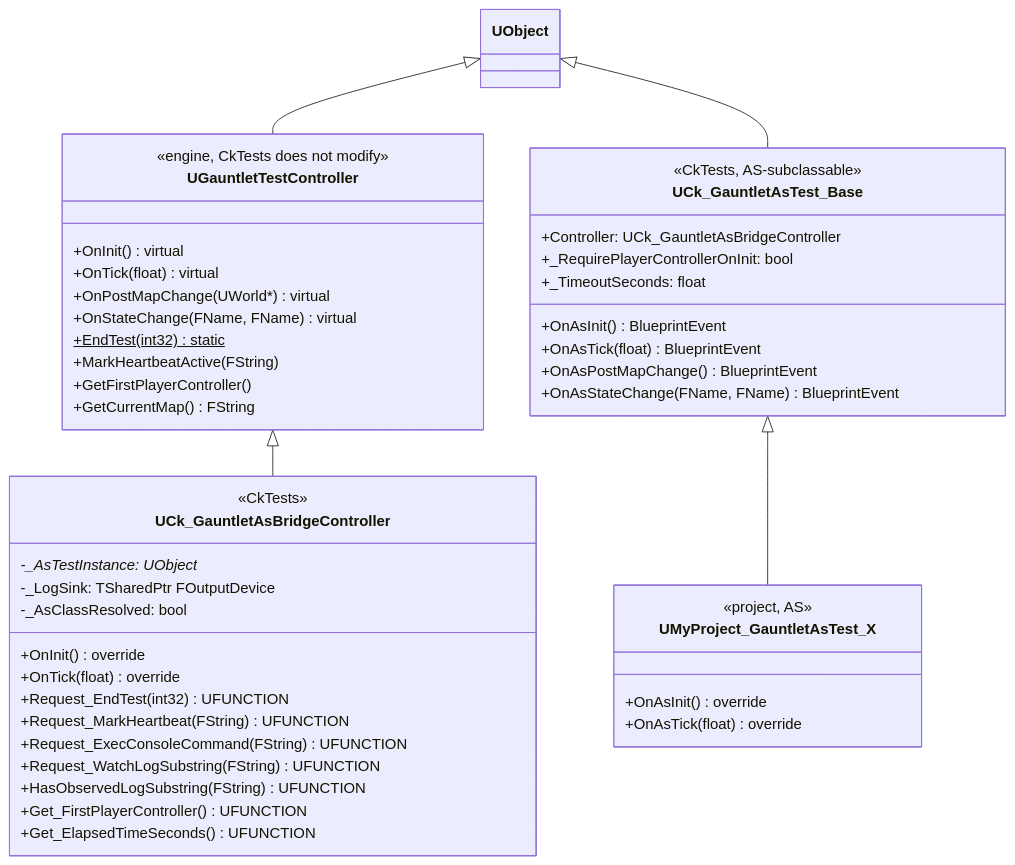
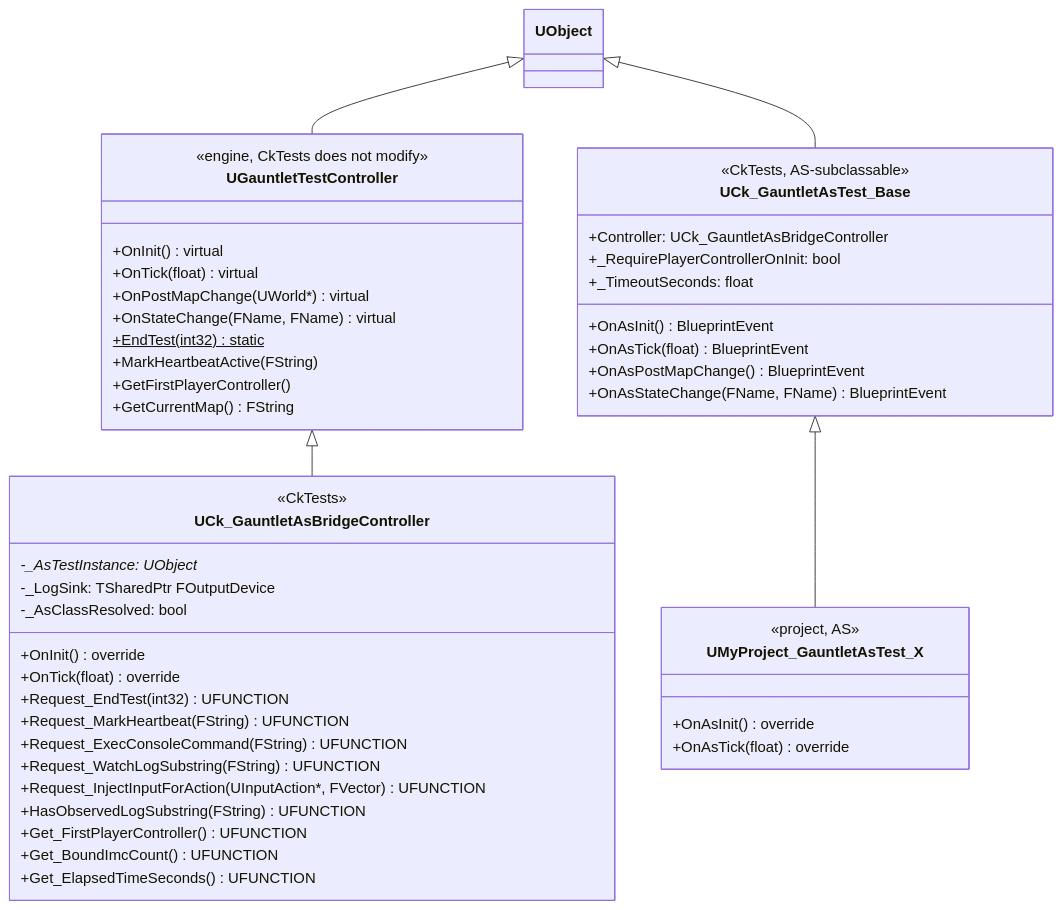
The first of 6 diagrams in Source/CkTests/Gauntlet_ARCHITECTURE.md (chainkemists/CkTests), drawn with Mermaid before and after one commit. The commit also changed 3 other files, not shown here.

````diff
--- a/Source/CkTests/Gauntlet_ARCHITECTURE.md
+++ b/Source/CkTests/Gauntlet_ARCHITECTURE.md
@@ -37,52 +37,54 @@
 ```mermaid
 classDiagram
     UObject <|-- UGauntletTestController
     UGauntletTestController <|-- UCk_GauntletAsBridgeController
     UObject <|-- UCk_GauntletAsTest_Base
     UCk_GauntletAsTest_Base <|-- UMyProject_GauntletAsTest_X
 
     class UGauntletTestController {
         <<engine, CkTests does not modify>>
         +OnInit() virtual
         +OnTick(float) virtual
         +OnPostMapChange(UWorld*) virtual
         +OnStateChange(FName, FName) virtual
         +EndTest(int32)$ static
         +MarkHeartbeatActive(FString)
         +GetFirstPlayerController()
         +GetCurrentMap() FString
     }
 
     class UCk_GauntletAsBridgeController {
         <<CkTests>>
         -_AsTestInstance: UObject*
         -_LogSink: TSharedPtr FOutputDevice
         -_AsClassResolved: bool
         +OnInit() override
         +OnTick(float) override
         +Request_EndTest(int32) UFUNCTION
         +Request_MarkHeartbeat(FString) UFUNCTION
         +Request_ExecConsoleCommand(FString) UFUNCTION
         +Request_WatchLogSubstring(FString) UFUNCTION
+        +Request_InjectInputForAction(UInputAction*, FVector) UFUNCTION
         +HasObservedLogSubstring(FString) UFUNCTION
         +Get_FirstPlayerController() UFUNCTION
+        +Get_BoundImcCount() UFUNCTION
         +Get_ElapsedTimeSeconds() UFUNCTION
     }
 
     class UCk_GauntletAsTest_Base {
         <<CkTests, AS-subclassable>>
         +Controller: UCk_GauntletAsBridgeController
         +_RequirePlayerControllerOnInit: bool
         +_TimeoutSeconds: float
         +OnAsInit() BlueprintEvent
         +OnAsTick(float) BlueprintEvent
         +OnAsPostMapChange() BlueprintEvent
         +OnAsStateChange(FName, FName) BlueprintEvent
     }
 
     class UMyProject_GauntletAsTest_X {
         <<project, AS>>
         +OnAsInit() override
         +OnAsTick(float) override
     }
 ```
````
